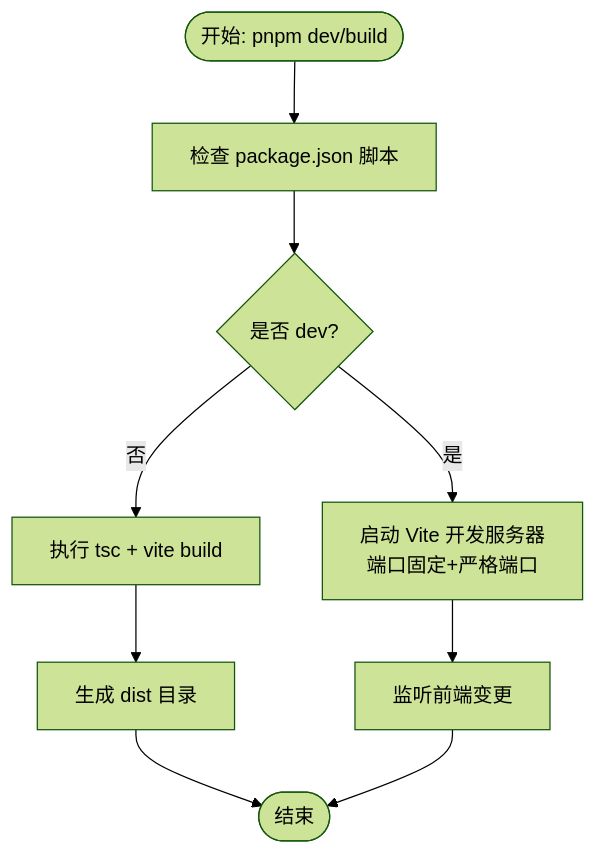
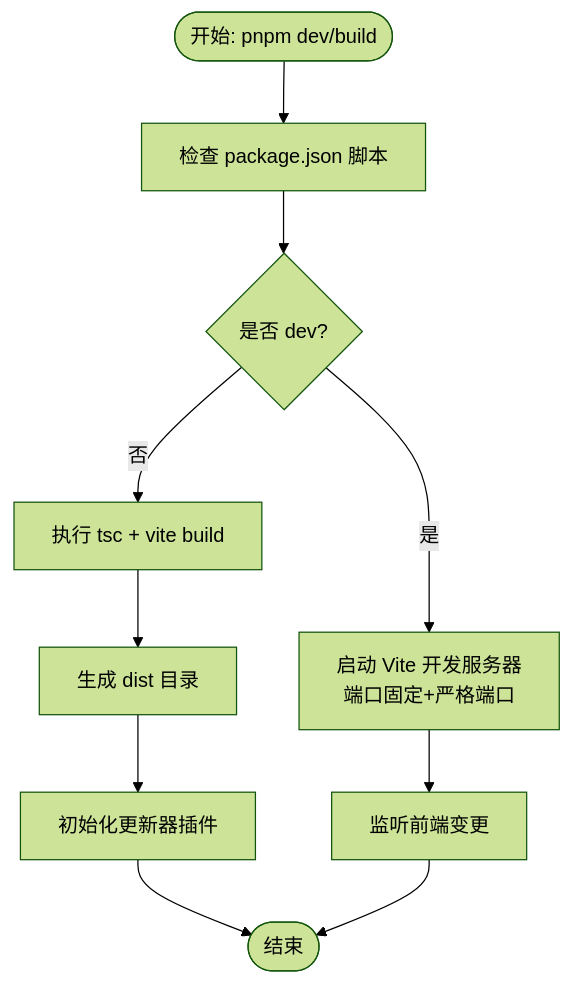
The third of 8 diagrams in .qoder/repowiki/zh/content/部署和发布/构建流程.md (RabbitAI-Lab/RabbitCoding), drawn with Mermaid (forest theme) before and after one commit. The commit also changed other lines of this file and 32 other files, not shown here.

````diff
--- a/.qoder/repowiki/zh/content/部署和发布/构建流程.md
+++ b/.qoder/repowiki/zh/content/部署和发布/构建流程.md
@@ -193,11 +221,12 @@
 ```mermaid
 flowchart TD
 Start(["开始: pnpm dev/build"]) --> CheckScripts["检查 package.json 脚本"]
 CheckScripts --> DevCmd{"是否 dev?"}
 DevCmd --> |是| ViteDev["启动 Vite 开发服务器<br/>端口固定+严格端口"]
 DevCmd --> |否| BuildCmd["执行 tsc + vite build"]
 BuildCmd --> Dist["生成 dist 目录"]
 ViteDev --> Watch["监听前端变更"]
-Dist --> End(["结束"])
+Dist --> UpdaterInit["初始化更新器插件"]
+UpdaterInit --> End(["结束"])
 Watch --> End
 ```
````
